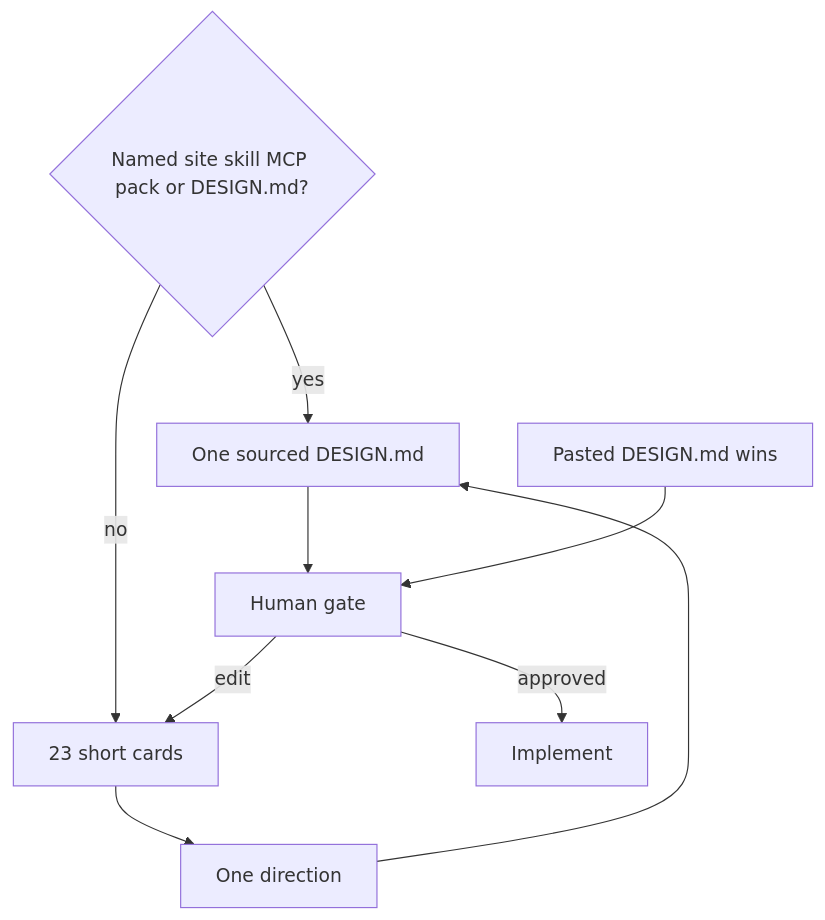
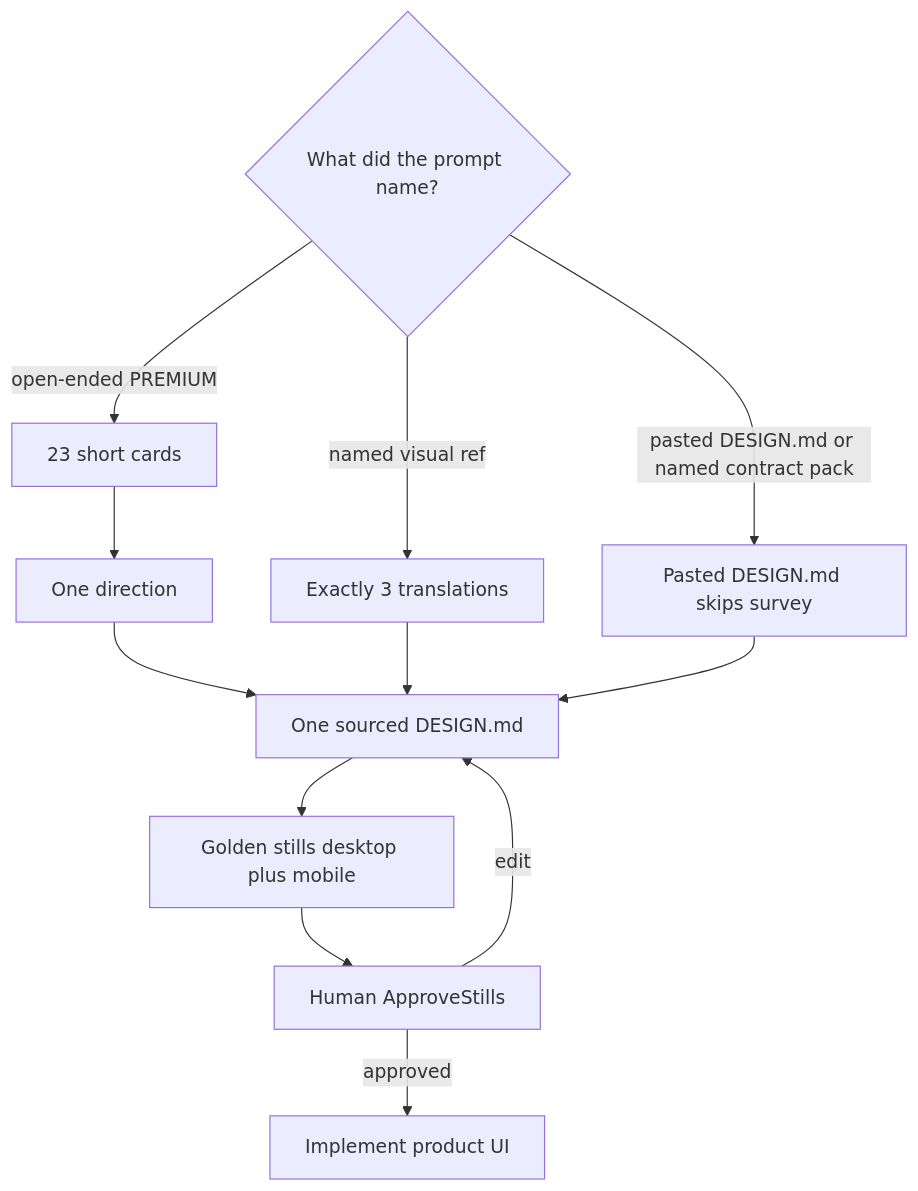
The diagram in docs/diagrams/04-design-lab.md (mahik504/orchestra-workflow), drawn with Mermaid before and after one commit. The commit also changed other lines of this file and 149 other files, not shown here.

````diff
--- a/docs/diagrams/04-design-lab.md
+++ b/docs/diagrams/04-design-lab.md
@@ -5,16 +5,18 @@
 ```mermaid
 flowchart TD
-  named{Named site skill MCP pack or DESIGN.md?}
+  kind{What did the prompt name?}
   survey[23 short cards]
+  trans[Exactly 3 translations]
   pick[One direction]
   contract[One sourced DESIGN.md]
-  custom[Pasted DESIGN.md wins]
-  gate[Human gate]
-  impl[Implement]
-  named -->|yes| contract
-  named -->|no| survey --> pick --> contract
-  contract --> gate
-  custom --> gate
+  custom[Pasted DESIGN.md skips survey]
+  stills[Golden stills desktop plus mobile]
+  gate[Human ApproveStills]
+  impl[Implement product UI]
+  kind -->|open-ended PREMIUM| survey --> pick --> contract
+  kind -->|named visual ref| trans --> contract
+  kind -->|pasted DESIGN.md or named contract pack| custom --> contract
+  contract --> stills --> gate
   gate -->|approved| impl
-  gate -->|edit| survey
+  gate -->|edit| contract
 ```
````
